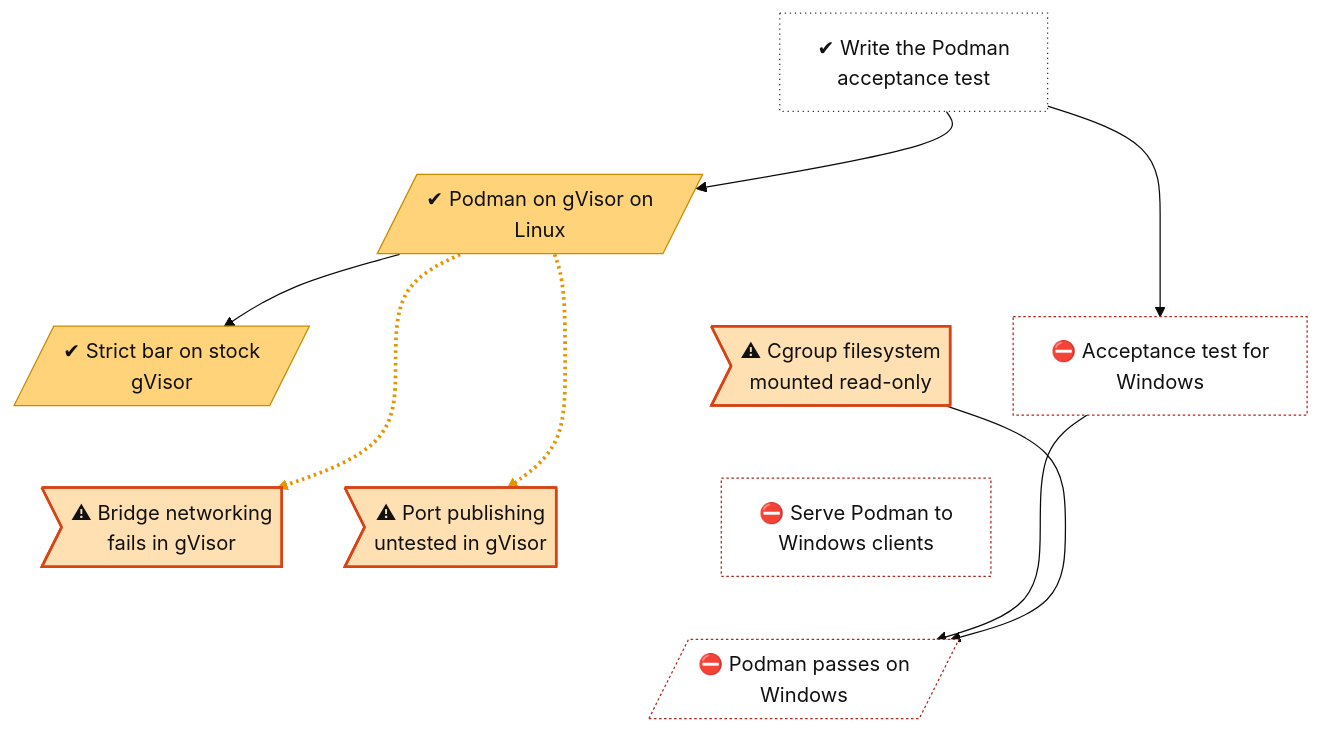
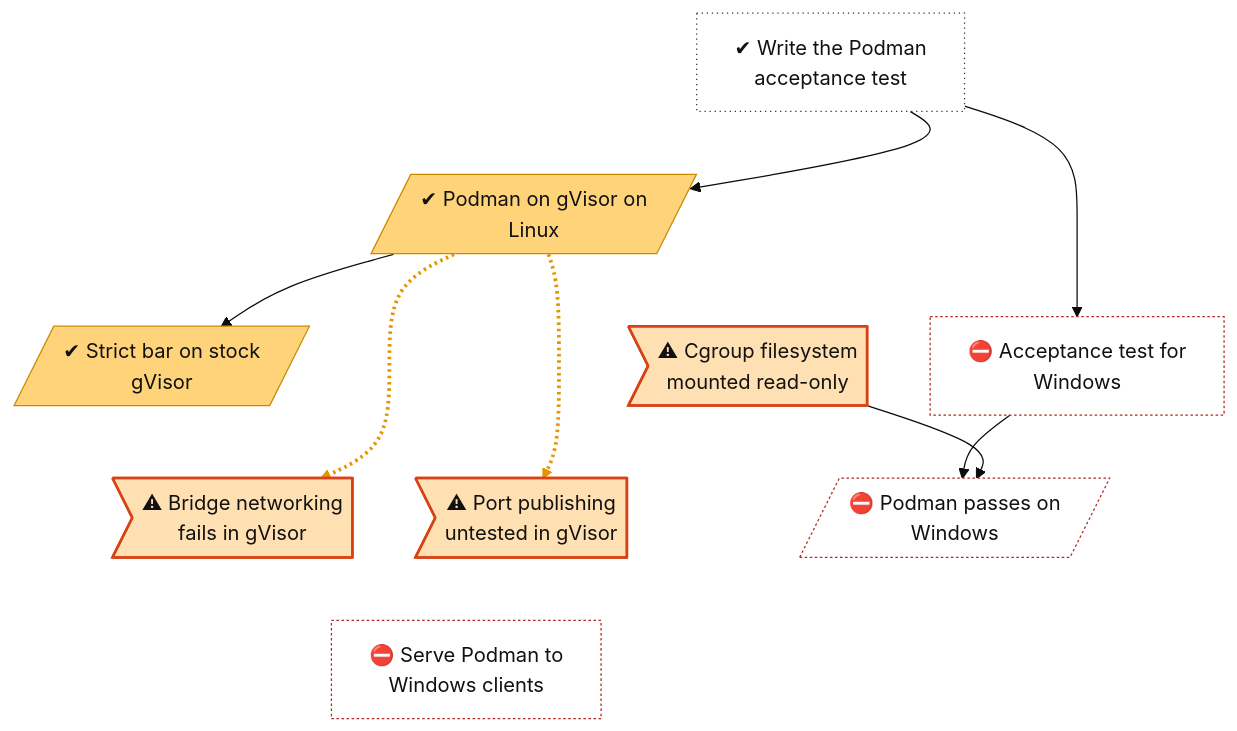
One commit to lhns/gvisor-windows changed the diagram in docs/roadmap/tracks/workloads.md. Above: the diagram before and after it, drawn with Mermaid (base theme). The commit also changed 4 other files, not shown here.

````diff
--- a/docs/roadmap/tracks/workloads.md
+++ b/docs/roadmap/tracks/workloads.md
@@ -10,48 +10,48 @@
 ```mermaid
 flowchart TB
     workloads_acceptance_test["✔ Write the Podman<br/>acceptance test"]
     workloads_podman_on_gvisor_linux[/"✔ Podman on gVisor on<br/>Linux"/]
     workloads_strict_bar_linux[/"✔ Strict bar on stock<br/>gVisor"/]
     workloads_gvisor_cgroupfs_readonly>"⚠ Cgroup filesystem<br/>mounted read-only"]
     workloads_acceptance_test_windows["⛔ Acceptance test for<br/>Windows"]
     workloads_gvisor_bridge_netlink>"⚠ Bridge networking<br/>fails in gVisor"]
     workloads_gvisor_port_publishing>"⚠ Port publishing<br/>untested in gVisor"]
+    workloads_podman_on_windows[/"⛔ Podman passes on<br/>Windows"/]
     workloads_podman_harness["⛔ Serve Podman to<br/>Windows clients"]
-    workloads_podman_on_windows[/"⛔ Podman passes on<br/>Windows"/]
     workloads_acceptance_test ~~~ workloads_podman_on_gvisor_linux
     workloads_podman_on_gvisor_linux ~~~ workloads_strict_bar_linux
     workloads_podman_on_gvisor_linux ~~~ workloads_gvisor_cgroupfs_readonly
     workloads_podman_on_gvisor_linux ~~~ workloads_acceptance_test_windows
     workloads_strict_bar_linux ~~~ workloads_gvisor_bridge_netlink
     workloads_gvisor_cgroupfs_readonly ~~~ workloads_gvisor_port_publishing
-    workloads_acceptance_test_windows ~~~ workloads_podman_harness
-    workloads_gvisor_bridge_netlink ~~~ workloads_podman_on_windows
-    workloads_gvisor_port_publishing ~~~ workloads_podman_on_windows
-    workloads_podman_harness ~~~ workloads_podman_on_windows
+    workloads_acceptance_test_windows ~~~ workloads_podman_on_windows
+    workloads_gvisor_bridge_netlink ~~~ workloads_podman_harness
+    workloads_gvisor_port_publishing ~~~ workloads_podman_harness
+    workloads_podman_on_windows ~~~ workloads_podman_harness
     workloads_acceptance_test --> workloads_podman_on_gvisor_linux
     workloads_podman_on_gvisor_linux -.-> workloads_gvisor_bridge_netlink
     workloads_podman_on_gvisor_linux -.-> workloads_gvisor_port_publishing
     workloads_podman_on_gvisor_linux --> workloads_strict_bar_linux
     workloads_acceptance_test --> workloads_acceptance_test_windows
     workloads_acceptance_test_windows --> workloads_podman_on_windows
     workloads_gvisor_cgroupfs_readonly --> workloads_podman_on_windows
     linkStyle 11,12 stroke:#e69500,stroke-width:3px,stroke-dasharray:2 3
     classDef vsucc fill:#2e9e4f,stroke:#1b6b34,color:#fff
     classDef succ fill:#bfe8c8,stroke:#2e9e4f,color:#111
     classDef mixed fill:#ffd37a,stroke:#c98a00,color:#111
     classDef bad fill:#f28b82,stroke:#b3261e,color:#111
     classDef dead fill:#e6e6e6,stroke:#777,stroke-dasharray:5 5,color:#555
     classDef inprog fill:#a8cdf5,stroke:#1f6fc5,color:#111
     classDef next fill:#fff,stroke:#333,color:#111
     classDef blocked fill:#fff,stroke:#b3261e,stroke-dasharray:2 2,color:#111
     classDef parked fill:#f3f3f3,stroke:#999,color:#555
     classDef unrated fill:#fff,stroke:#333,stroke-dasharray:1 3,color:#111
     classDef gate fill:#d9c2f0,stroke:#7b3fb5,color:#111
     classDef decided fill:#ece0f7,stroke:#7b3fb5,stroke-dasharray:2 2,color:#111
     classDef finding fill:#ffe0b2,stroke:#d84315,stroke-width:2px,color:#111
     classDef waiting fill:#e3f2fd,stroke:#1f6fc5,stroke-dasharray:5 5,color:#111
     class workloads_acceptance_test unrated
     class workloads_podman_on_gvisor_linux,workloads_strict_bar_linux mixed
     class workloads_gvisor_cgroupfs_readonly,workloads_gvisor_bridge_netlink,workloads_gvisor_port_publishing finding
-    class workloads_acceptance_test_windows,workloads_podman_harness,workloads_podman_on_windows blocked
+    class workloads_acceptance_test_windows,workloads_podman_on_windows,workloads_podman_harness blocked
 ```
````
